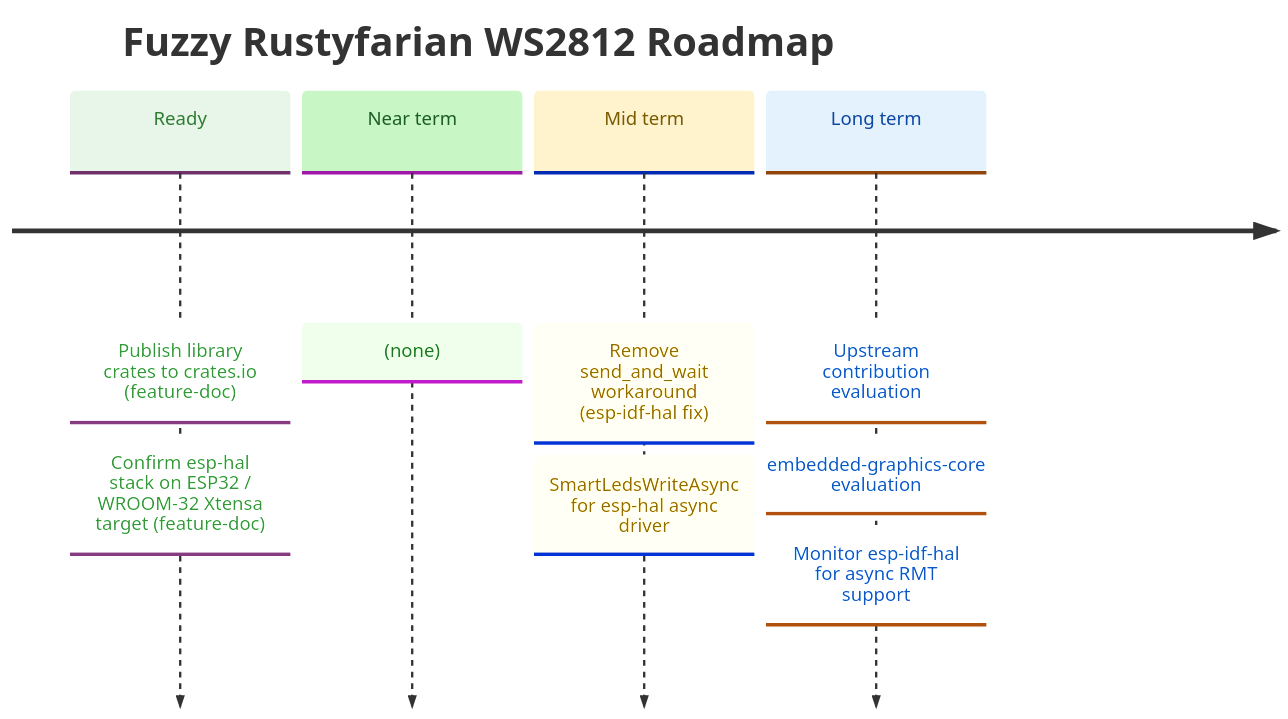
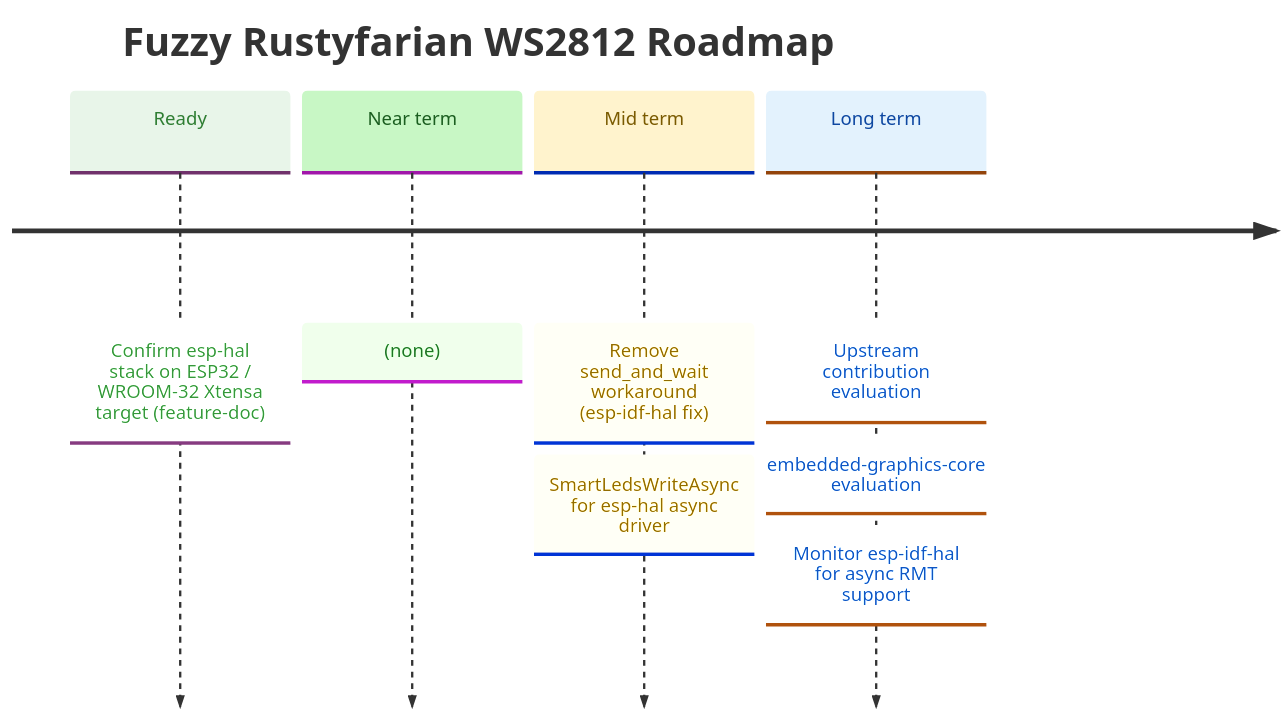
One commit to datenkollektiv/rustyfarian-ws2812 changed the diagram in docs/ROADMAP.md. Above: the diagram before and after it, drawn with Mermaid. The commit also changed other lines of this file, not shown here.

Commit message:
Drop completed crates.io publication item from roadmap

````diff
--- a/docs/ROADMAP.md
+++ b/docs/ROADMAP.md
@@ -15,30 +15,29 @@
 ```mermaid
 %%{init: {
   "theme": "base",
   "themeVariables": {
     "cScale0": "#e8f5e9",
     "cScaleLabel0": "#2e7d32",
     "cScale1": "#c8f7c5",
     "cScaleLabel1": "#1b5e20",
     "cScale2": "#fff3cd",
     "cScaleLabel2": "#7a5a00",
     "cScale3": "#e3f2fd",
     "cScaleLabel3": "#0d47a1"
   }
 }}%%
 
 timeline
     title Fuzzy Rustyfarian WS2812 Roadmap
 
-    Ready     : Publish library crates to crates.io (feature-doc)
-              : Confirm esp-hal stack on ESP32 / WROOM-32 Xtensa target (feature-doc)
+    Ready     : Confirm esp-hal stack on ESP32 / WROOM-32 Xtensa target (feature-doc)
 
     Near term : (none)
 
     Mid term  : Remove send_and_wait workaround (esp-idf-hal fix)
               : SmartLedsWriteAsync for esp-hal async driver
 
     Long term : Upstream contribution evaluation
               : embedded-graphics-core evaluation
               : Monitor esp-idf-hal for async RMT support
 ```
````
